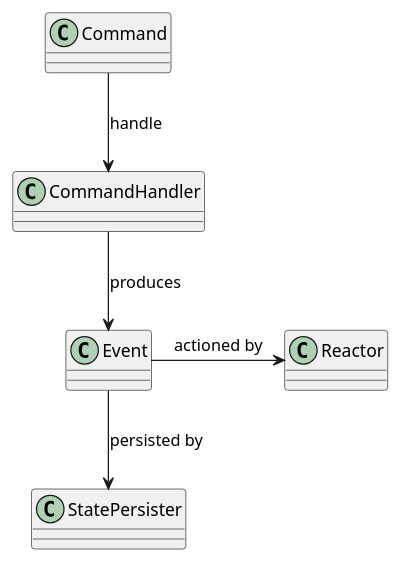
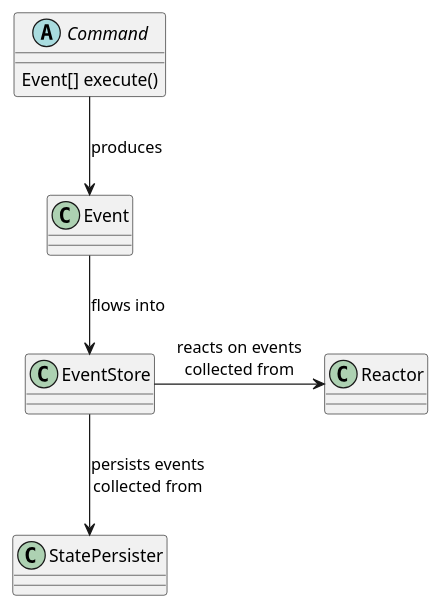
The diagram in part2/stories/src/main/resources/domain-classes.puml (joaovicente/stories-event-driven-study), drawn with PlantUML before and after one commit.

Commit message:
improved class diagram

```diff
--- a/part2/stories/src/main/resources/domain-classes.puml
+++ b/part2/stories/src/main/resources/domain-classes.puml
@@ -1,14 +1,17 @@
 @startuml
 
-class Command
-class CommandHandler
+abstract class Command {
+    Event[] execute()
+}
+
 class Event
+class EventStore
 class StatePersister
 class Reactor
 
-Command -down-> CommandHandler : handle
-CommandHandler -down-> Event : produces
-Event -down-> StatePersister : persisted by
-Event -right> Reactor : actioned by
+Command -down-> Event : produces
+Event -down-> EventStore : flows into
+EventStore -down-> StatePersister : persists events\ncollected from
+EventStore -right> Reactor : reacts on events\ncollected from
 
 @enduml
```
